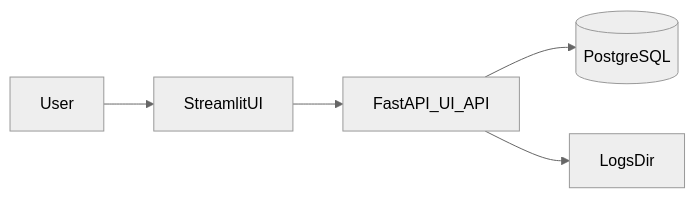
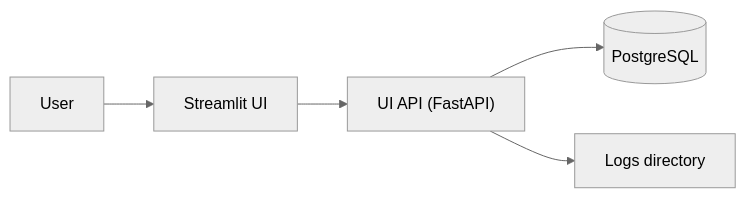
The diagram in docs/loreley/ui.md (NeapolitanIcecream/loreley), drawn with Mermaid (neutral theme) before and after one commit. The commit also changed other lines of this file and 4 other files, not shown here.

````diff
--- a/docs/loreley/ui.md
+++ b/docs/loreley/ui.md
@@ -10,7 +8,7 @@
 ```mermaid
 flowchart LR
-  user[User] --> stApp[StreamlitUI]
-  stApp --> api[FastAPI_UI_API]
+  user[User] --> stApp[Streamlit UI]
+  stApp --> api["UI API (FastAPI)"]
   api --> db[(PostgreSQL)]
-  api --> logsDir[LogsDir]
+  api --> logsDir[Logs directory]
 ```
````
